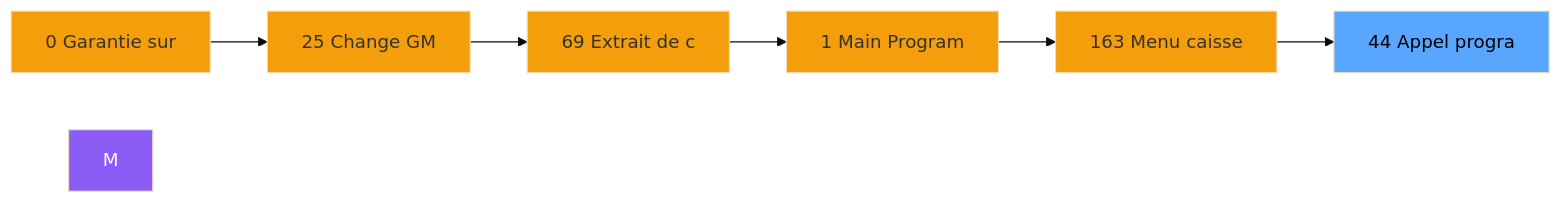
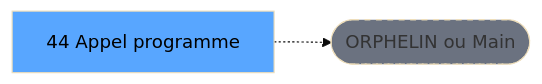
One commit to thonyAGP/lecteur-magic changed the second of 3 diagrams in .openspec/renders/ADH-IDE-44.md. Above: the diagram before and after it, drawn with Mermaid (base theme). The commit also changed other lines of this file and 701 other files, not shown here.

````diff
--- a/.openspec/renders/ADH-IDE-44.md
+++ b/.openspec/renders/ADH-IDE-44.md
@@ -105,21 +117,8 @@
 ```mermaid
 graph LR
-    N0[0 Garantie sur]
-    N25[25 Change GM]
-    N69[69 Extrait de c]
-    N1[1 Main Program]
-    N163[163 Menu caisse ]
-    T[44 Appel progra]
-    N0 --> N25
-    N25 --> N69
-    N69 --> N1
-    N1 --> N163
-    N163 --> T
-    style M fill:#8b5cf6,color:#fff
-    style N0 fill:#f59e0b
-    style N25 fill:#f59e0b
-    style N69 fill:#f59e0b
-    style N1 fill:#f59e0b
-    style N163 fill:#f59e0b
+    T[44 Appel programme]
+    ORPHAN([ORPHELIN ou Main])
+    T -.-> ORPHAN
     style T fill:#58a6ff,color:#000
+    style ORPHAN fill:#6b7280,stroke-dasharray: 5 5
 ```
````
